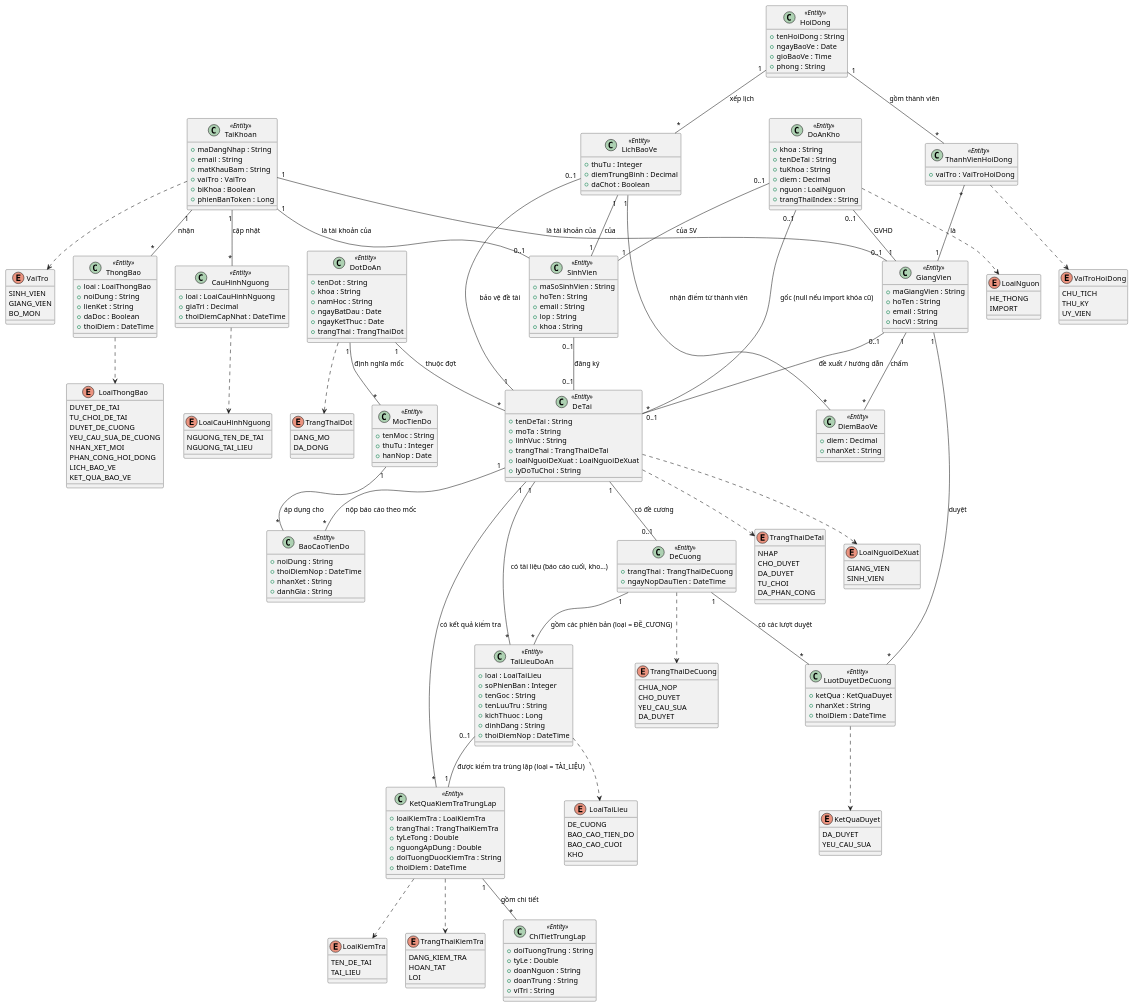
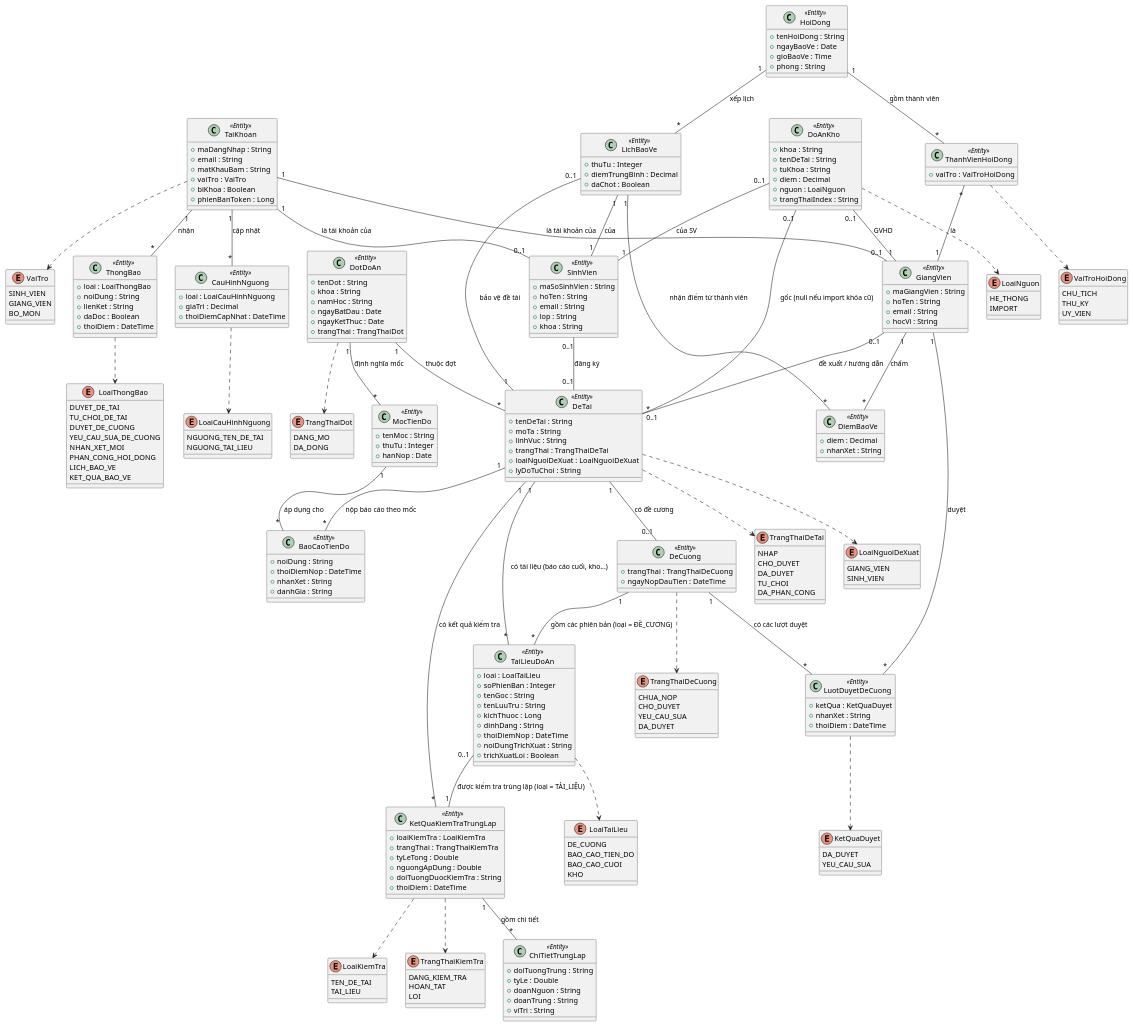
The diagram in docs/chuong-3-thiet-ke/so-do-lop/lop-thuc-the.puml (dtc235200036-alt/ICTU-DATN-NguyenThiMaiAnh), drawn with PlantUML before and after one commit. The commit also changed 34 other files, not shown here.

```diff
--- a/docs/chuong-3-thiet-ke/so-do-lop/lop-thuc-the.puml
+++ b/docs/chuong-3-thiet-ke/so-do-lop/lop-thuc-the.puml
@@ -173,6 +173,8 @@
   +kichThuoc : Long
   +dinhDang : String
   +thoiDiemNop : DateTime
+  +noiDungTrichXuat : String
+  +trichXuatLoi : Boolean
 }
 
 class LuotDuyetDeCuong <<Entity>> {
```
